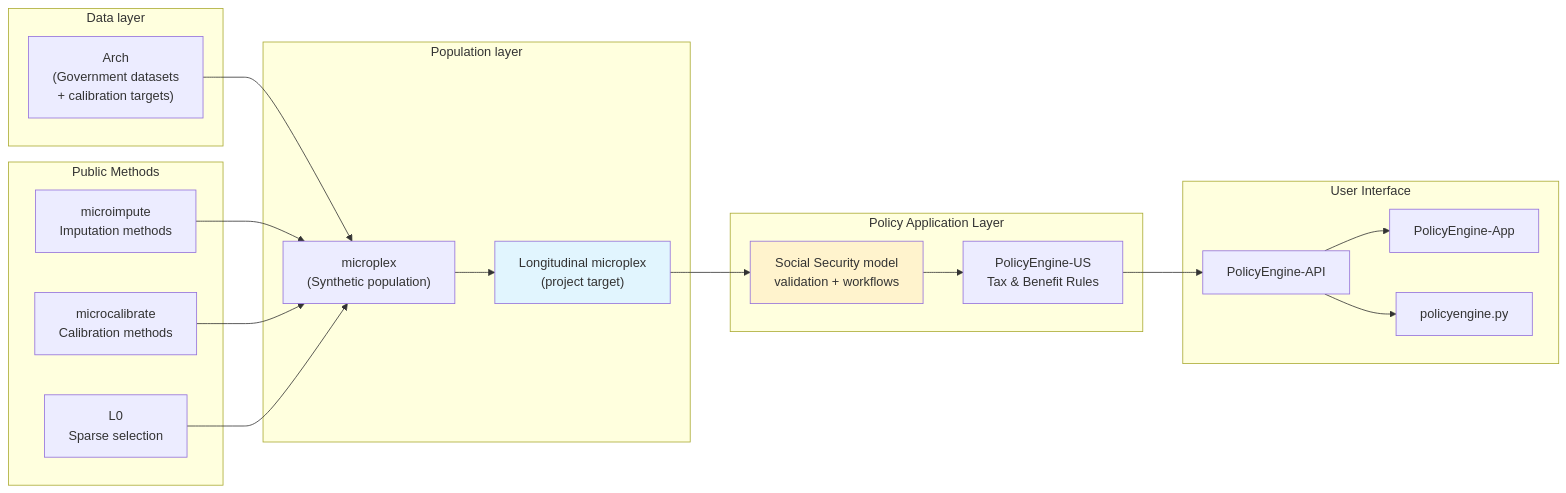
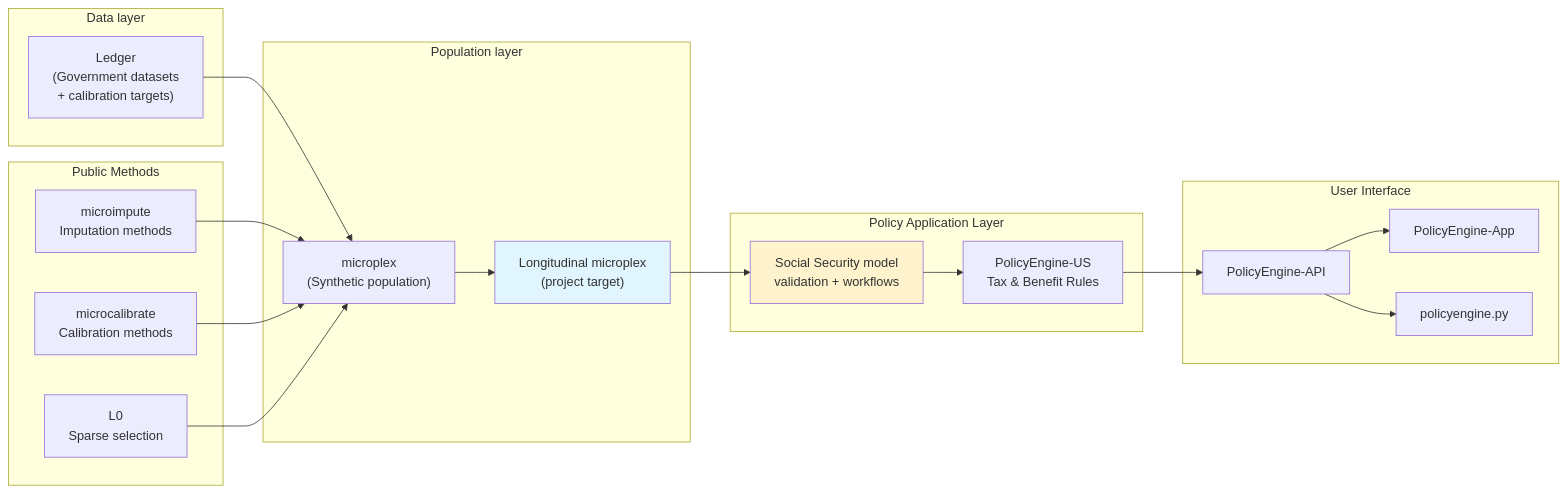
Before and after one commit to PolicyEngine/populace-dynamics: the diagram in docs/infrastructure.md, drawn with Mermaid. The commit also changed other lines of this file and 10 other files, not shown here.

First line of the commit message:
Rename Arch to Ledger

````diff
--- a/docs/infrastructure.md
+++ b/docs/infrastructure.md
@@ -18,42 +18,42 @@
 ```mermaid
 flowchart LR
     subgraph data["Data layer"]
-        ARCH["Arch<br/>(Government datasets<br/>+ calibration targets)"]
+        LEDGER["Ledger<br/>(Government datasets<br/>+ calibration targets)"]
     end
 
     subgraph sources["Public Methods"]
         MI["microimpute<br/>Imputation methods"]
         MC["microcalibrate<br/>Calibration methods"]
         L0["L0<br/>Sparse selection"]
     end
 
     subgraph population["Population layer"]
         MPX["microplex<br/>(Synthetic population)"]
         LMPX["Longitudinal microplex<br/>(project target)"]
     end
 
     subgraph application["Policy Application Layer"]
         SSM["Social Security model<br/>validation + workflows"]
         PEUS["PolicyEngine-US<br/>Tax & Benefit Rules"]
     end
 
     subgraph interface["User Interface"]
         API["PolicyEngine-API"]
         APP["PolicyEngine-App"]
         PY["policyengine.py"]
     end
 
-    ARCH --> MPX
+    LEDGER --> MPX
     MI --> MPX
     MC --> MPX
     L0 --> MPX
     MPX --> LMPX
     LMPX --> SSM
     SSM --> PEUS
     PEUS --> API
     API --> APP
     API --> PY
 
     style LMPX fill:#e1f5fe
     style SSM fill:#fff3cd
 ```
````
